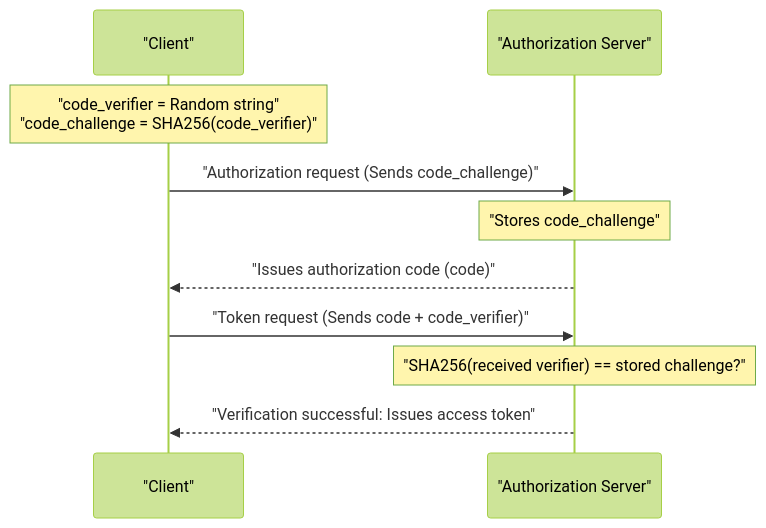
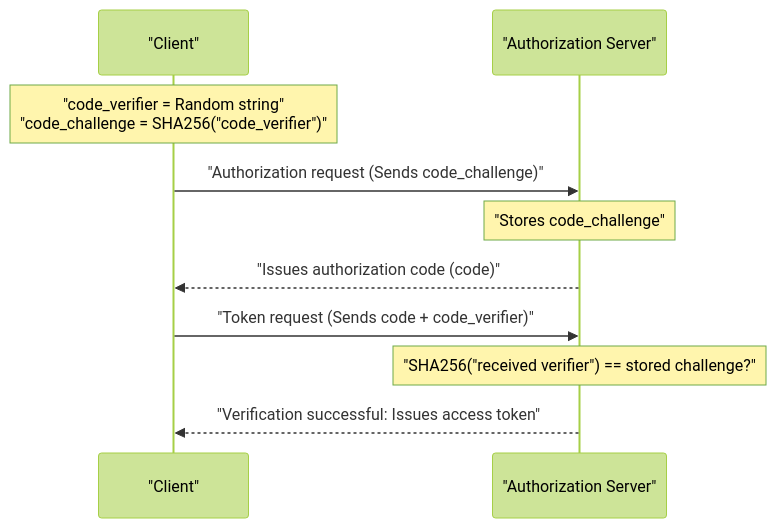
The third of 3 diagrams in content/post/oauth2_slack_app/index.en.md (kenjinote/blog), drawn with Mermaid (forest theme) before and after one commit. The commit also changed 929 other files, not shown here.

Commit message:
fix: Add double quotes to all Mermaid node texts to resolve syntax errors

````diff
--- a/content/post/oauth2_slack_app/index.en.md
+++ b/content/post/oauth2_slack_app/index.en.md
@@ -329,14 +329,14 @@
 ```mermaid
 sequenceDiagram
     participant C as "Client"
     participant AS as "Authorization Server"
     
-    Note over C: "code_verifier = Random string"<br/>"code_challenge = SHA256(code_verifier)"
+    Note over C: "code_verifier = Random string"<br/>"code_challenge = SHA256("code_verifier")"
     C->>AS: "Authorization request (Sends code_challenge)"
     Note over AS: "Stores code_challenge"
     AS-->>C: "Issues authorization code (code)"
     
     C->>AS: "Token request (Sends code + code_verifier)"
-    Note over AS: "SHA256(received verifier) == stored challenge?"
+    Note over AS: "SHA256("received verifier") == stored challenge?"
     AS-->>C: "Verification successful: Issues access token"
 ```
````
